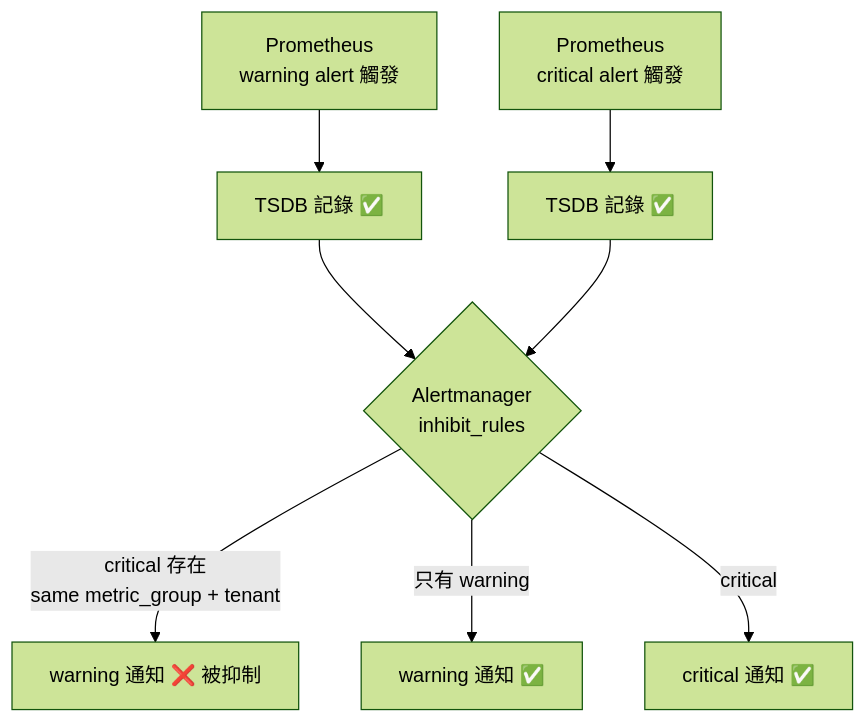
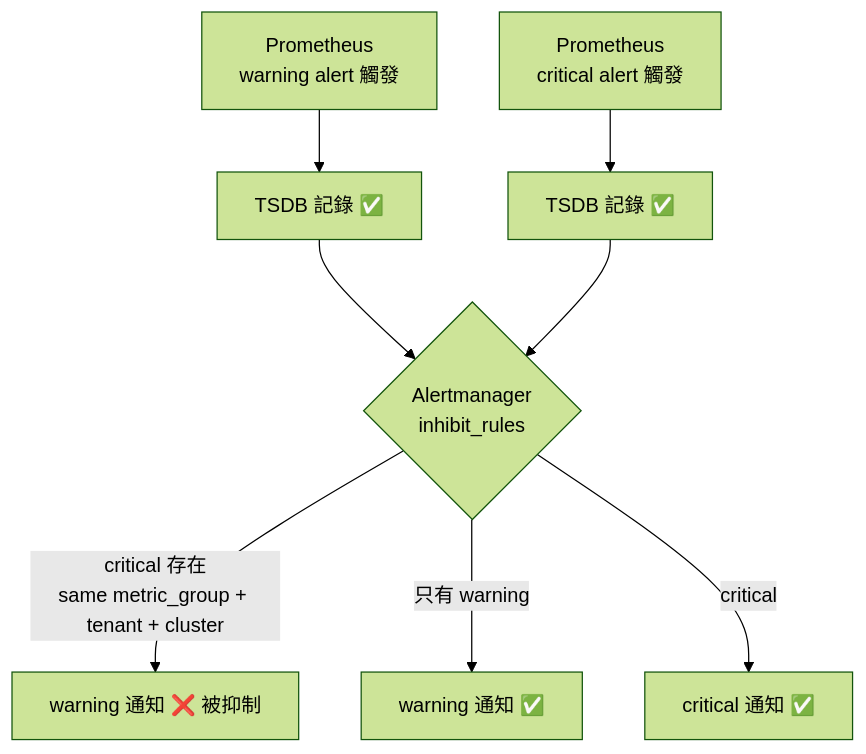
Before and after one commit to vencil/Dynamic-Alerting-Integrations: the third of 3 diagrams in docs/design/config-driven.md, drawn with Mermaid (forest theme). The commit also changed other lines of this file and 55 other files, not shown here.

````diff
--- a/docs/design/config-driven.md
+++ b/docs/design/config-driven.md
@@ -620,10 +636,10 @@
 ```mermaid
 flowchart TD
     A["Prometheus<br/>warning alert 觸發"] --> B["TSDB 記錄 ✅"]
     C["Prometheus<br/>critical alert 觸發"] --> D["TSDB 記錄 ✅"]
     B --> E{"Alertmanager<br/>inhibit_rules"}
     D --> E
-    E -->|"critical 存在<br/>same metric_group + tenant"| F["warning 通知 ❌ 被抑制"]
+    E -->|"critical 存在<br/>same metric_group + tenant + cluster"| F["warning 通知 ❌ 被抑制"]
     E -->|"只有 warning"| G["warning 通知 ✅"]
     E -->|"critical"| H["critical 通知 ✅"]
 ```
````
